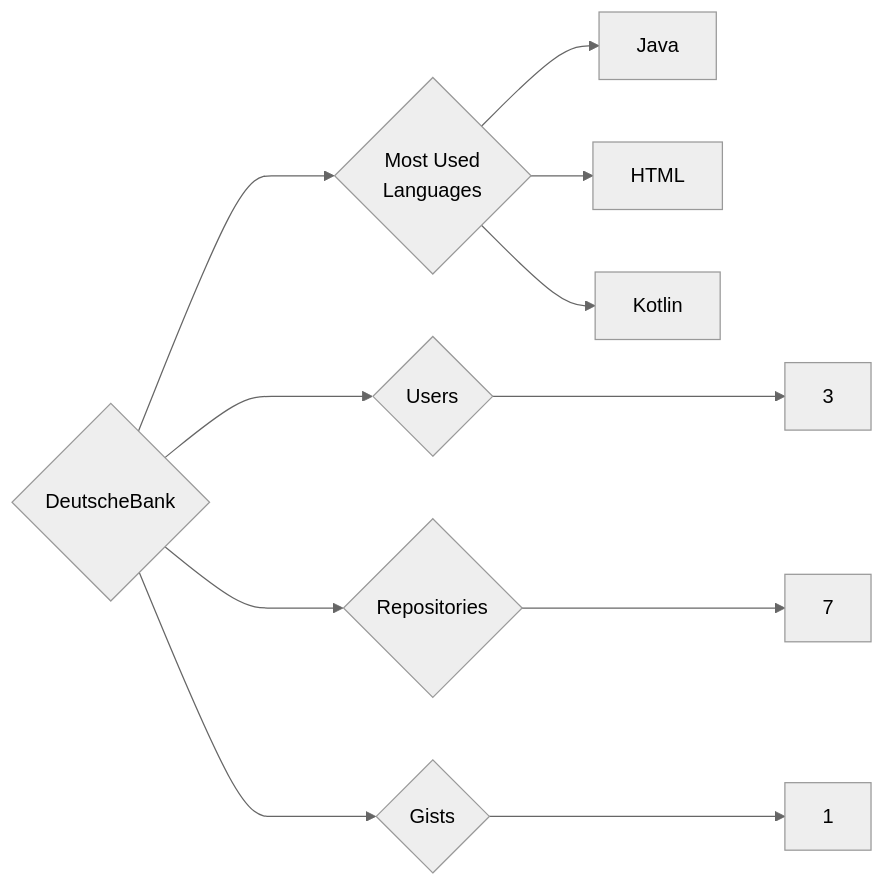
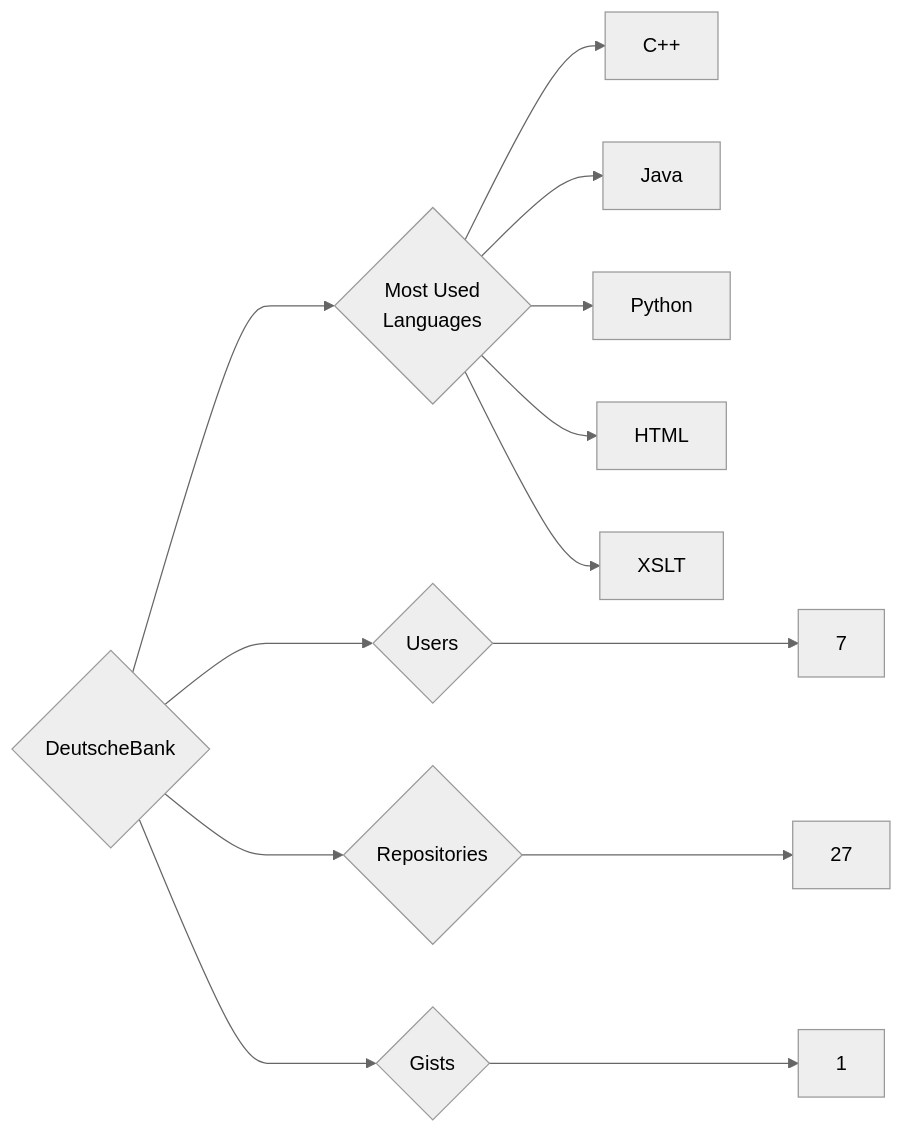
One commit to trickest/insiders changed the diagram in targets/DeutscheBank/README.md. Above: the diagram before and after it, drawn with Mermaid (neutral theme). The commit also changed 938 other files, not shown here.

````diff
--- a/targets/DeutscheBank/README.md
+++ b/targets/DeutscheBank/README.md
@@ -3,11 +3,13 @@
 ```mermaid
 graph LR
 COMPANY_NAME{DeutscheBank}
-COMPANY_NAME ---> U{Users} ---> UN[3]
-COMPANY_NAME ---> R{Repositories} ---> RN[7]
+COMPANY_NAME ---> U{Users} ---> UN[7]
+COMPANY_NAME ---> R{Repositories} ---> RN[27]
 COMPANY_NAME ---> G{Gists} ---> GN[1]
 COMPANY_NAME ---> ML{Most Used<br>Languages}
+ML --> C++[C++]
 ML --> Java[Java]
+ML --> Python[Python]
 ML --> HTML[HTML]
-ML --> Kotlin[Kotlin]
+ML --> XSLT[XSLT]
 ```
````
